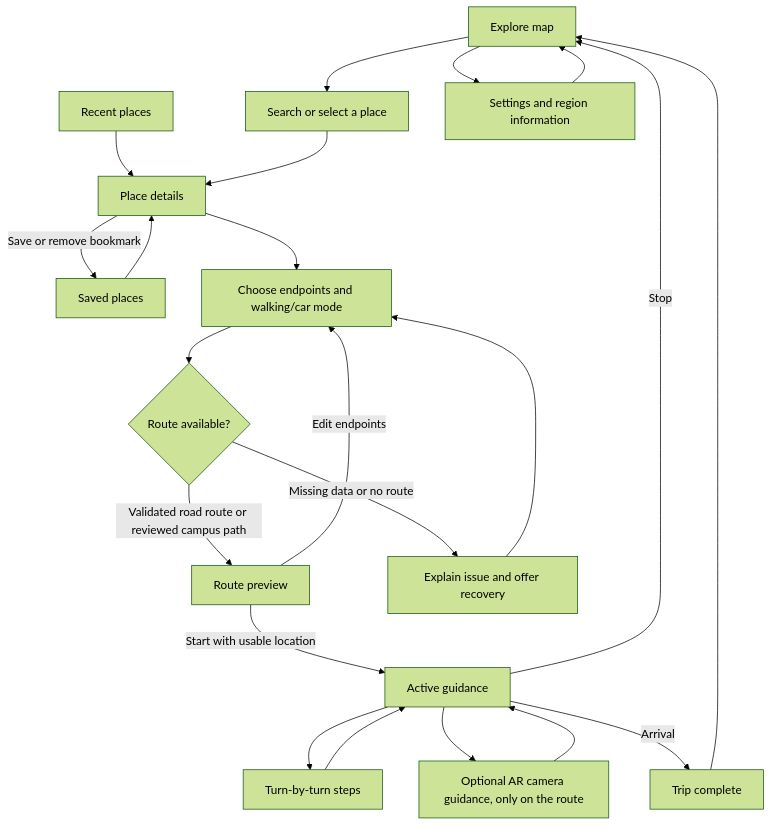
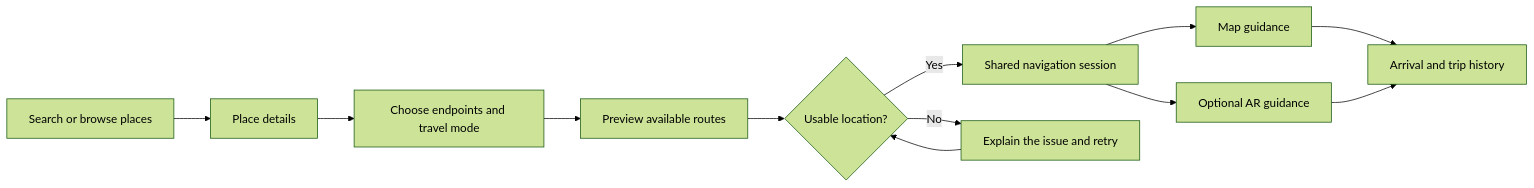
One commit to InsaneCoder789/NavGate changed the first of 2 diagrams in README.md. Above: the diagram before and after it, drawn with Mermaid (forest theme). The commit also changed other lines of this file, not shown here.

First line of the commit message:
docs: Reframe NavGate README around map and AR navigation

````diff
--- a/README.md
+++ b/README.md
@@ -28,24 +29,14 @@
 ```mermaid
-flowchart TD
-    Explore[Explore map] --> Search[Search or select a place]
-    Saved[Saved places] --> Details[Place details]
-    Recents[Recent places] --> Details
-    Search --> Details
-    Details -->|Save or remove bookmark| Saved
-    Details --> Endpoints[Choose endpoints and walking/car mode]
-    Endpoints --> Plan{Route available?}
-    Plan -->|Validated road route or reviewed campus path| Preview[Route preview]
-    Plan -->|Missing data or no route| Recovery[Explain issue and offer recovery]
-    Recovery --> Endpoints
-    Preview -->|Start with usable location| Guidance[Active guidance]
-    Preview -->|Edit endpoints| Endpoints
-    Guidance --> Steps[Turn-by-turn steps]
-    Steps --> Guidance
-    Guidance --> Camera[Optional AR camera guidance, only on the route]
-    Camera --> Guidance
-    Guidance -->|Arrival| Arrival[Trip complete]
-    Guidance -->|Stop| Explore
-    Arrival --> Explore
-    Explore --> Settings[Settings and region information]
-    Settings --> Explore
+flowchart LR
+    Discover[Search or browse places] --> Place[Place details]
+    Place --> Plan[Choose endpoints and travel mode]
+    Plan --> Preview[Preview available routes]
+    Preview --> Ready{Usable location?}
+    Ready -->|Yes| Navigate[Shared navigation session]
+    Ready -->|No| Recover[Explain the issue and retry]
+    Recover --> Ready
+    Navigate --> Map[Map guidance]
+    Navigate --> AR[Optional AR guidance]
+    Map --> Arrive[Arrival and trip history]
+    AR --> Arrive
 ```
````
